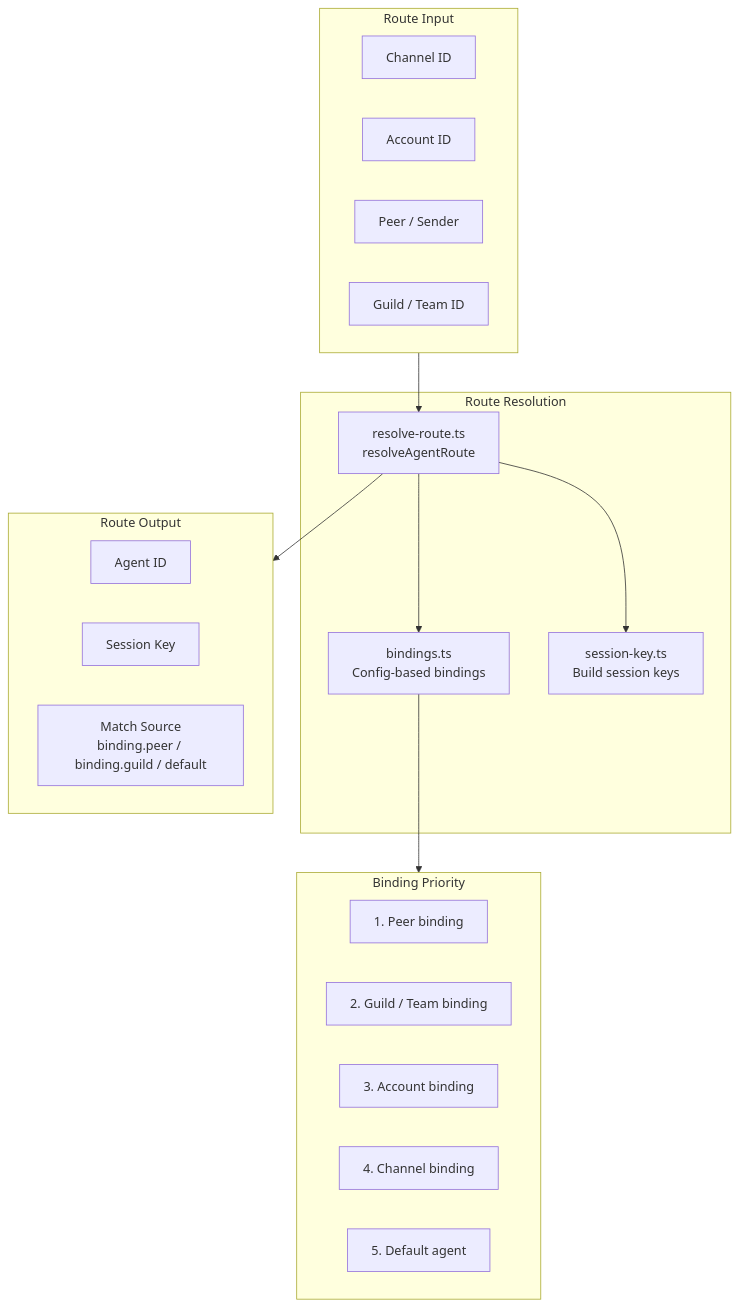
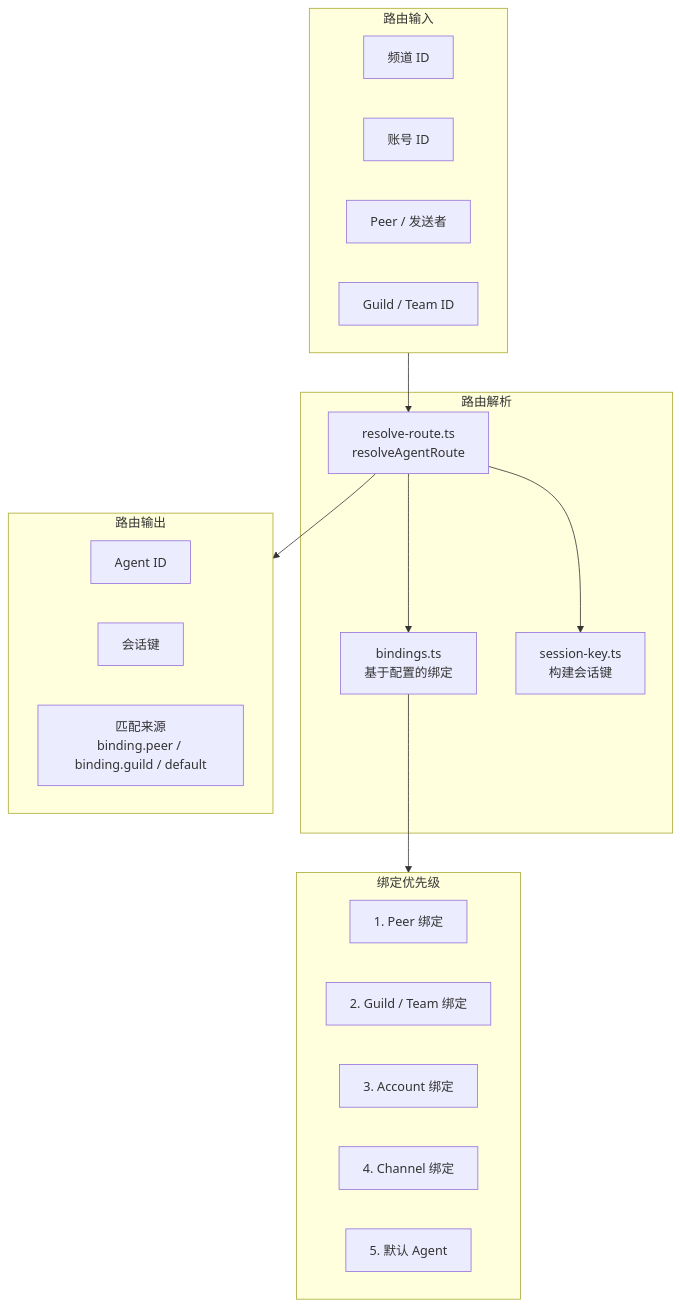
One commit to dqaria/openclaw changed the ninth of 15 diagrams in docs/reference/architecture.md. Above: the diagram before and after it, drawn with Mermaid. The commit also changed other lines of this file, not shown here.

First line of the commit message:
docs: rewrite architecture documentation in Chinese

````diff
--- a/docs/reference/architecture.md
+++ b/docs/reference/architecture.md
@@ -447,35 +447,35 @@
 ```mermaid
 graph TB
-    subgraph Input["Route Input"]
-        CHAN_ID[Channel ID]
-        ACCOUNT[Account ID]
-        PEER[Peer / Sender]
-        GUILD[Guild / Team ID]
+    subgraph Input["路由输入"]
+        CHAN_ID["频道 ID"]
+        ACCOUNT["账号 ID"]
+        PEER["Peer / 发送者"]
+        GUILD["Guild / Team ID"]
     end
 
-    subgraph Resolution["Route Resolution"]
-        RESOLVE[resolve-route.ts<br/>resolveAgentRoute]
-        BINDINGS[bindings.ts<br/>Config-based bindings]
-        SESSION_KEY[session-key.ts<br/>Build session keys]
+    subgraph Resolution["路由解析"]
+        RESOLVE["resolve-route.ts<br/>resolveAgentRoute"]
+        BINDINGS["bindings.ts<br/>基于配置的绑定"]
+        SESSION_KEY["session-key.ts<br/>构建会话键"]
     end
 
-    subgraph Output["Route Output"]
+    subgraph Output["路由输出"]
         AGENT_ID[Agent ID]
-        SESS_KEY[Session Key]
-        MATCH[Match Source<br/>binding.peer / binding.guild / default]
+        SESS_KEY["会话键"]
+        MATCH["匹配来源<br/>binding.peer / binding.guild / default"]
     end
 
-    subgraph Binding["Binding Priority"]
-        B1[1. Peer binding]
-        B2[2. Guild / Team binding]
-        B3[3. Account binding]
-        B4[4. Channel binding]
-        B5[5. Default agent]
+    subgraph Binding["绑定优先级"]
+        B1["1. Peer 绑定"]
+        B2["2. Guild / Team 绑定"]
+        B3["3. Account 绑定"]
+        B4["4. Channel 绑定"]
+        B5["5. 默认 Agent"]
     end
 
     Input --> RESOLVE
     RESOLVE --> BINDINGS
     BINDINGS --> Binding
     RESOLVE --> SESSION_KEY
     RESOLVE --> Output
 ```
````
